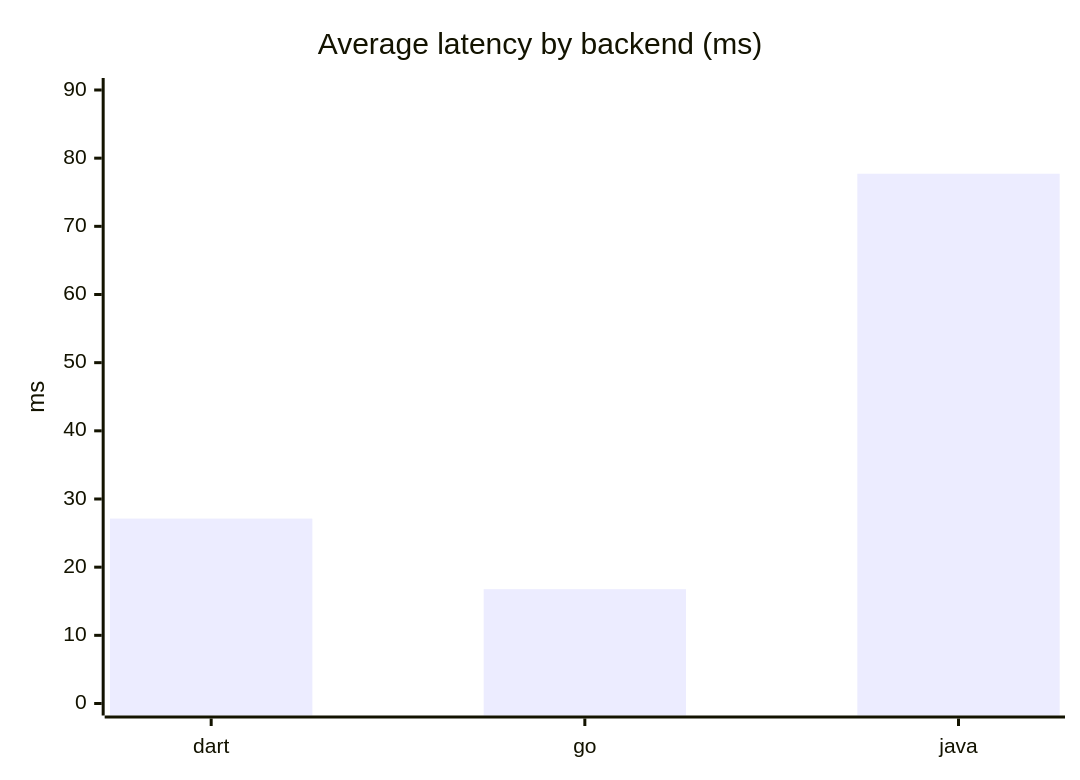
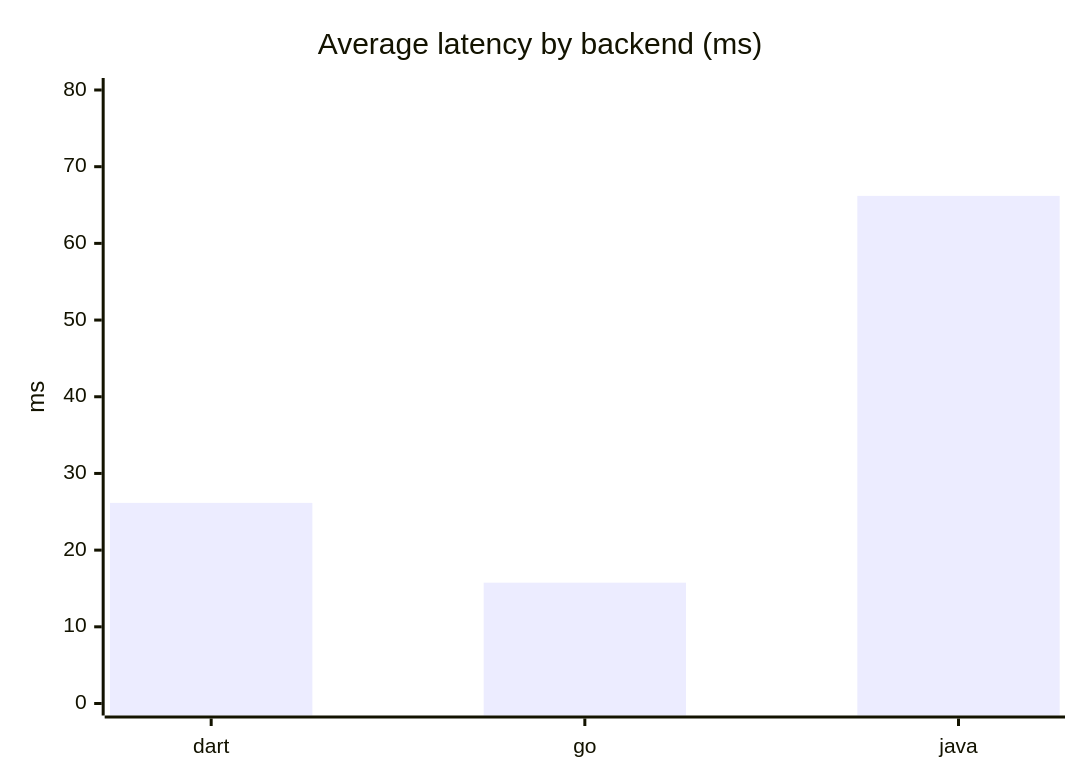
The first of 4 diagrams in reports/benchmark/benchmark_report_latest.md (OrlandoEduardo101/todo_multi_lang), drawn with Mermaid before and after one commit. The commit also changed other lines of this file and 4 other files, not shown here.

````diff
--- a/reports/benchmark/benchmark_report_latest.md
+++ b/reports/benchmark/benchmark_report_latest.md
@@ -28,7 +40,7 @@
 ```mermaid
 xychart-beta
   title "Average latency by backend (ms)"
   x-axis ["dart", "go", "java"]
-  y-axis "ms" 0 --> 90
-  bar [27.127, 16.768, 77.714]
+  y-axis "ms" 0 --> 80
+  bar [26.16, 15.755, 66.194]
 ```
````
